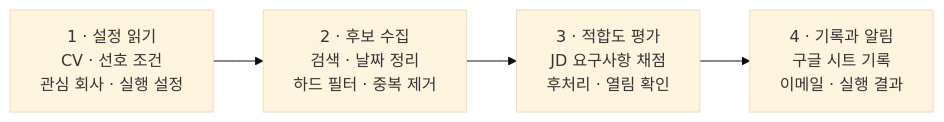
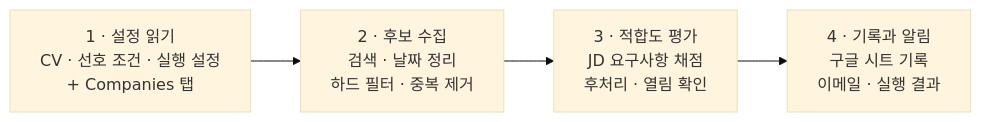
The diagram in README.ko-KR.md (Journey-512/catch-before-jobs-vanish), drawn with Mermaid (base theme) before and after one commit. The commit also changed other lines of this file and 11 other files, not shown here.

````diff
--- a/README.ko-KR.md
+++ b/README.ko-KR.md
@@ -159,4 +165,4 @@
 ```mermaid
 flowchart LR
-  A["1 · 설정 읽기<br/>CV · 선호 조건<br/>관심 회사 · 실행 설정"] --> B["2 · 후보 수집<br/>검색 · 날짜 정리<br/>하드 필터 · 중복 제거"] --> C["3 · 적합도 평가<br/>JD 요구사항 채점<br/>후처리 · 열림 확인"] --> D["4 · 기록과 알림<br/>구글 시트 기록<br/>이메일 · 실행 결과"]
+  A["1 · 설정 읽기<br/>CV · 선호 조건 · 실행 설정<br/>+ Companies 탭"] --> B["2 · 후보 수집<br/>검색 · 날짜 정리<br/>하드 필터 · 중복 제거"] --> C["3 · 적합도 평가<br/>JD 요구사항 채점<br/>후처리 · 열림 확인"] --> D["4 · 기록과 알림<br/>구글 시트 기록<br/>이메일 · 실행 결과"]
 ```
````
